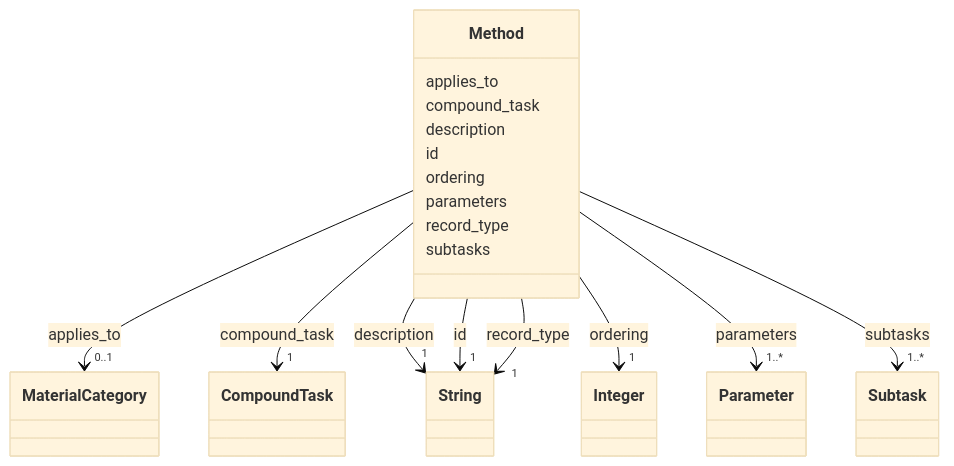
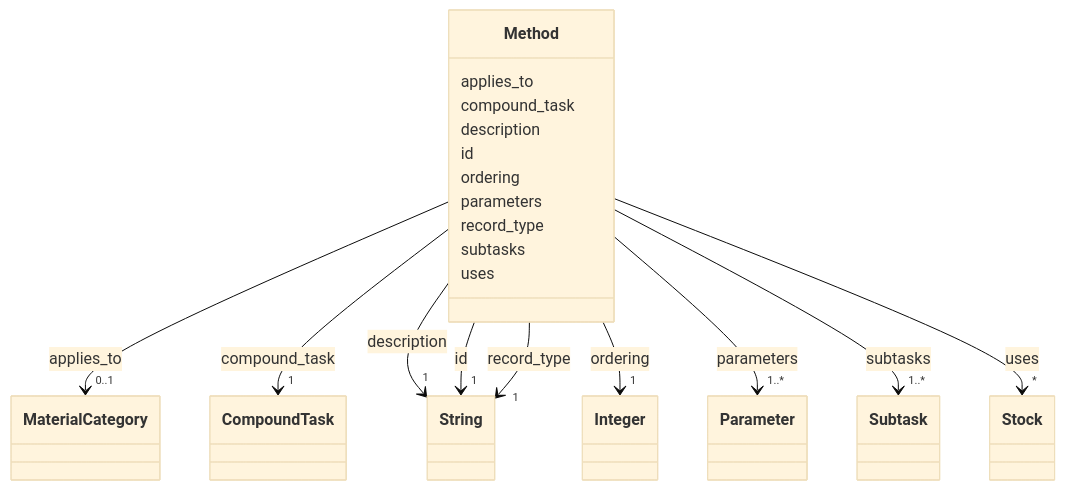
Before and after one commit to maikeljsb/rcpc-schema: the diagram in docs/model/process/Method.md, drawn with Mermaid (base theme). The commit also changed other lines of this file and 10 other files, not shown here.

Commit message:
feat(process): add uses on Method with the in-situ concreting example

````diff
--- a/docs/model/process/Method.md
+++ b/docs/model/process/Method.md
@@ -112,5 +112,16 @@
     
 
         
+      Method : uses
+        
+          
+    
+        
+        
+        Method --> "*" Stock : uses
+        click Stock href "../Stock/"
+    
+
+        
       
 ```
````
